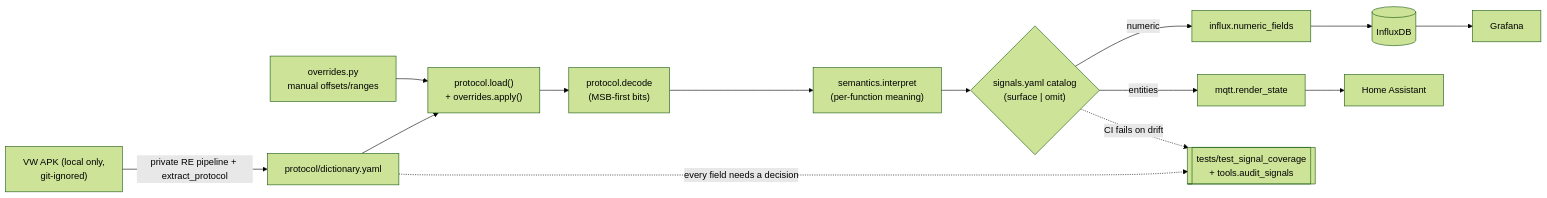
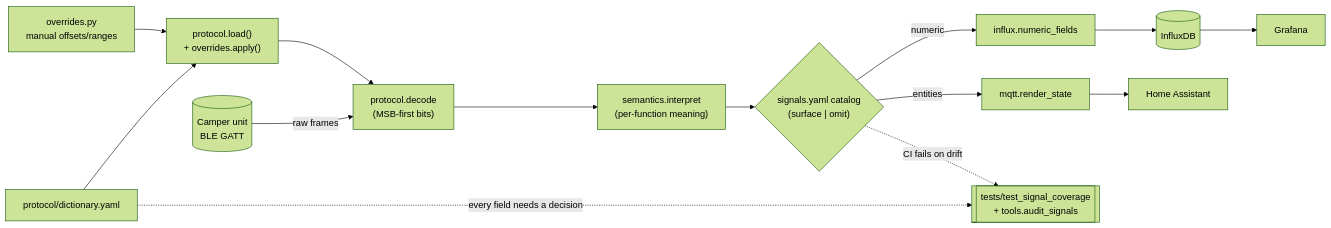
Before and after one commit to ckeller42/open-california: the first of 3 diagrams in ARCHITECTURE.md, drawn with Mermaid (forest theme). The commit also changed other lines of this file, not shown here.

Commit message:
docs(architecture): keep the pipeline diagram a pure runtime-concept view
The APK -> extract_protocol edge mixed the one-time RE *process* into the runtime *concept*
diagram, and the actual runtime source (the unit's raw frames) was missing. The diagram now
starts at the camper unit feeding protocol.decode, with dictionary.yaml + overrides as its
configuration inputs; the extraction process is a one-line prose note pointing at the RE docs.

Claude-Session: https://claude.ai/code/session_01Rd5yRMduK8c9xnwrvP4XBt

````diff
--- a/ARCHITECTURE.md
+++ b/ARCHITECTURE.md
@@ -10,13 +10,13 @@
 ```mermaid
 flowchart LR
-  APK["VW APK (local only,<br/>git-ignored)"] -->|private RE pipeline + extract_protocol| DICT[protocol/dictionary.yaml]
-  DICT --> LOAD["protocol.load()<br/>+ overrides.apply()"]
+  U[("Camper unit<br/>BLE GATT")] -->|raw frames| DECODE
+  DICT[protocol/dictionary.yaml] --> LOAD["protocol.load()<br/>+ overrides.apply()"]
   OVR["overrides.py<br/>manual offsets/ranges"] --> LOAD
   LOAD --> DECODE["protocol.decode<br/>(MSB-first bits)"]
   DECODE --> SEM["semantics.interpret<br/>(per-function meaning)"]
   SEM --> CAT{"signals.yaml catalog<br/>(surface | omit)"}
   CAT -->|numeric| INFLUX[influx.numeric_fields] --> IDB[(InfluxDB)] --> GRAF[Grafana]
   CAT -->|entities| MQTT[mqtt.render_state] --> HA[Home Assistant]
   DICT -. every field needs a decision .-> GUARD[["tests/test_signal_coverage<br/>+ tools.audit_signals"]]
   CAT -. CI fails on drift .-> GUARD
 ```
````
